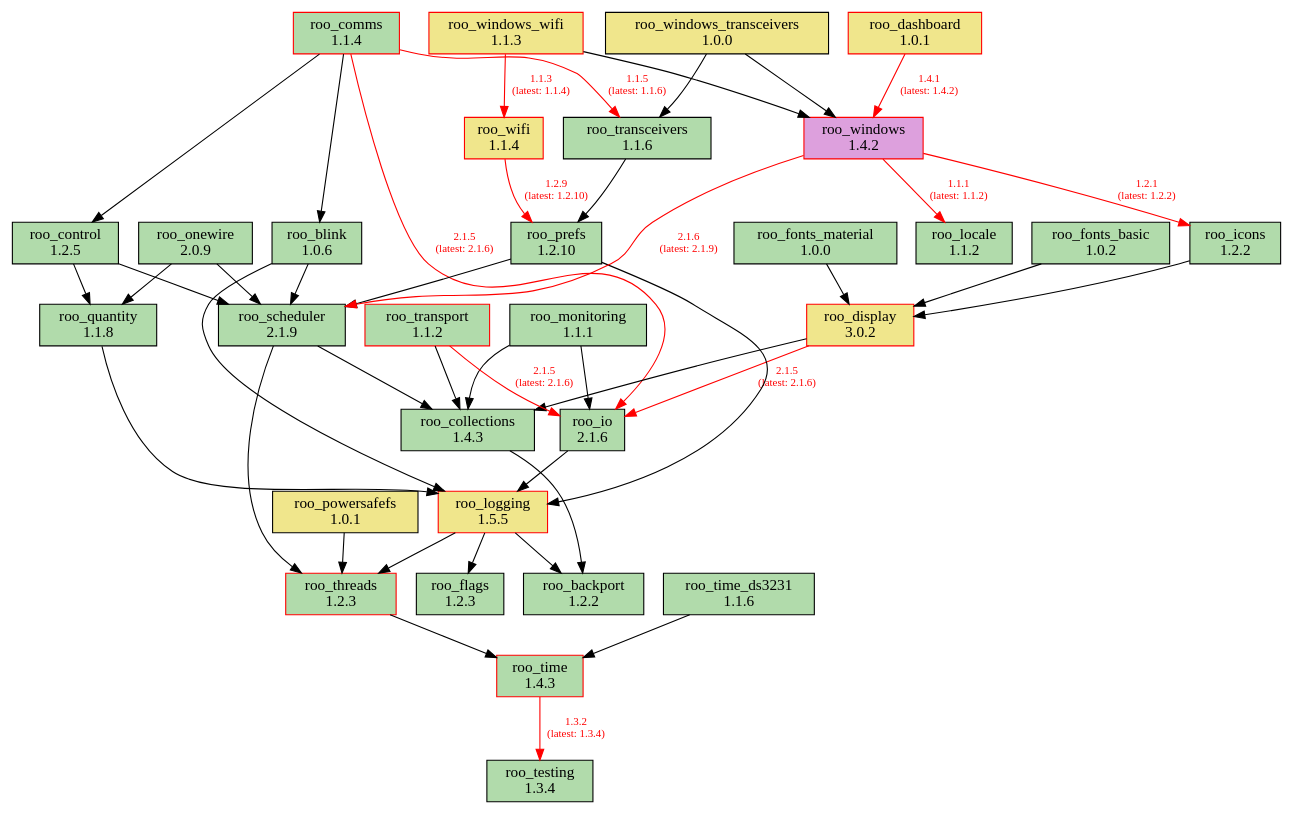
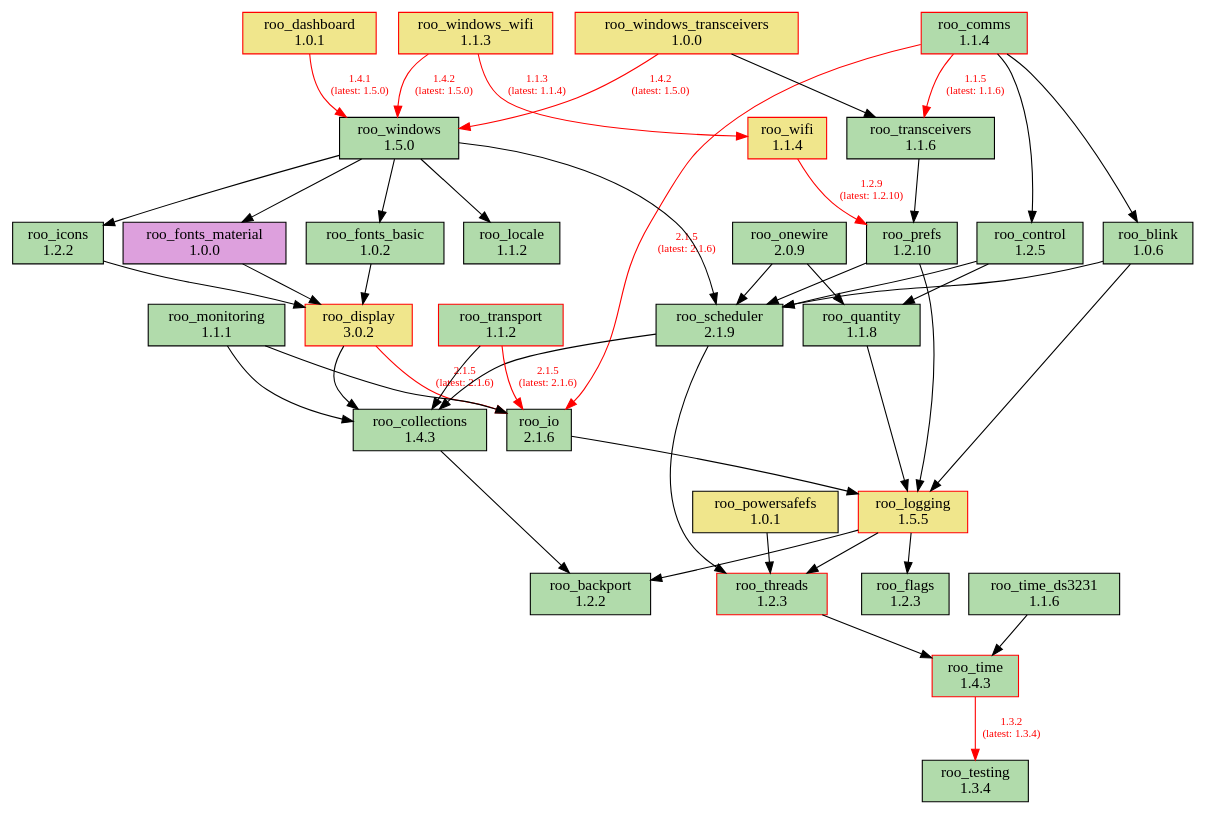
One commit to dejwk/roo-registry changed the diagram in doc/dependencies.dot. Above: the diagram before and after it, drawn with Graphviz. The commit also changed 3 other files, not shown here.

Commit message:
Added roo_windows 1.5.0 to the registry.

```diff
--- a/doc/dependencies.dot
+++ b/doc/dependencies.dot
@@ -1,82 +1,84 @@
 digraph dependencies {
     rankdir=TB;
     node [shape=box, style=filled];
     edge [fontsize=10];
 
     // Modules
     "roo_backport" [label="roo_backport\n1.2.2", fillcolor="#b1dbab", color="black"];
     "roo_blink" [label="roo_blink\n1.0.6", fillcolor="#b1dbab", color="black"];
     "roo_collections" [label="roo_collections\n1.4.3", fillcolor="#b1dbab", color="black"];
     "roo_comms" [label="roo_comms\n1.1.4", fillcolor="#b1dbab", color="red"];
     "roo_control" [label="roo_control\n1.2.5", fillcolor="#b1dbab", color="black"];
     "roo_dashboard" [label="roo_dashboard\n1.0.1", fillcolor="khaki", color="red"];
     "roo_display" [label="roo_display\n3.0.2", fillcolor="khaki", color="red"];
     "roo_flags" [label="roo_flags\n1.2.3", fillcolor="#b1dbab", color="black"];
     "roo_fonts_basic" [label="roo_fonts_basic\n1.0.2", fillcolor="#b1dbab", color="black"];
-    "roo_fonts_material" [label="roo_fonts_material\n1.0.0", fillcolor="#b1dbab", color="black"];
+    "roo_fonts_material" [label="roo_fonts_material\n1.0.0", fillcolor="plum", color="black"];
     "roo_icons" [label="roo_icons\n1.2.2", fillcolor="#b1dbab", color="black"];
     "roo_io" [label="roo_io\n2.1.6", fillcolor="#b1dbab", color="black"];
     "roo_locale" [label="roo_locale\n1.1.2", fillcolor="#b1dbab", color="black"];
     "roo_logging" [label="roo_logging\n1.5.5", fillcolor="khaki", color="red"];
     "roo_monitoring" [label="roo_monitoring\n1.1.1", fillcolor="#b1dbab", color="black"];
     "roo_onewire" [label="roo_onewire\n2.0.9", fillcolor="#b1dbab", color="black"];
     "roo_powersafefs" [label="roo_powersafefs\n1.0.1", fillcolor="khaki", color="black"];
     "roo_prefs" [label="roo_prefs\n1.2.10", fillcolor="#b1dbab", color="black"];
     "roo_quantity" [label="roo_quantity\n1.1.8", fillcolor="#b1dbab", color="black"];
     "roo_scheduler" [label="roo_scheduler\n2.1.9", fillcolor="#b1dbab", color="black"];
     "roo_testing" [label="roo_testing\n1.3.4", fillcolor="#b1dbab", color="black"];
     "roo_threads" [label="roo_threads\n1.2.3", fillcolor="#b1dbab", color="red"];
     "roo_time" [label="roo_time\n1.4.3", fillcolor="#b1dbab", color="red"];
     "roo_time_ds3231" [label="roo_time_ds3231\n1.1.6", fillcolor="#b1dbab", color="black"];
     "roo_transceivers" [label="roo_transceivers\n1.1.6", fillcolor="#b1dbab", color="black"];
     "roo_transport" [label="roo_transport\n1.1.2", fillcolor="#b1dbab", color="red"];
     "roo_wifi" [label="roo_wifi\n1.1.4", fillcolor="khaki", color="red"];
-    "roo_windows" [label="roo_windows\n1.4.2", fillcolor="plum", color="red"];
-    "roo_windows_transceivers" [label="roo_windows_transceivers\n1.0.0", fillcolor="khaki", color="black"];
+    "roo_windows" [label="roo_windows\n1.5.0", fillcolor="#b1dbab", color="black"];
+    "roo_windows_transceivers" [label="roo_windows_transceivers\n1.0.0", fillcolor="khaki", color="red"];
     "roo_windows_wifi" [label="roo_windows_wifi\n1.1.3", fillcolor="khaki", color="red"];
 
     // Dependencies
     "roo_blink" -> "roo_logging";
     "roo_blink" -> "roo_scheduler";
     "roo_collections" -> "roo_backport";
     "roo_comms" -> "roo_blink";
     "roo_comms" -> "roo_control";
     "roo_comms" -> "roo_io" [color=red, fontcolor=red, label="2.1.5\n(latest: 2.1.6)"];
     "roo_comms" -> "roo_transceivers" [color=red, fontcolor=red, label="1.1.5\n(latest: 1.1.6)"];
     "roo_control" -> "roo_quantity";
     "roo_control" -> "roo_scheduler";
-    "roo_dashboard" -> "roo_windows" [color=red, fontcolor=red, label="1.4.1\n(latest: 1.4.2)"];
+    "roo_dashboard" -> "roo_windows" [color=red, fontcolor=red, label="1.4.1\n(latest: 1.5.0)"];
     "roo_display" -> "roo_collections";
     "roo_display" -> "roo_io" [color=red, fontcolor=red, label="2.1.5\n(latest: 2.1.6)"];
     "roo_fonts_basic" -> "roo_display";
     "roo_fonts_material" -> "roo_display";
     "roo_icons" -> "roo_display";
     "roo_io" -> "roo_logging";
     "roo_logging" -> "roo_backport";
     "roo_logging" -> "roo_flags";
     "roo_logging" -> "roo_threads";
     "roo_monitoring" -> "roo_collections";
     "roo_monitoring" -> "roo_io";
     "roo_onewire" -> "roo_scheduler";
     "roo_onewire" -> "roo_quantity";
     "roo_powersafefs" -> "roo_threads";
     "roo_prefs" -> "roo_logging";
     "roo_prefs" -> "roo_scheduler";
     "roo_quantity" -> "roo_logging";
     "roo_scheduler" -> "roo_collections";
     "roo_scheduler" -> "roo_threads";
     "roo_threads" -> "roo_time";
     "roo_time" -> "roo_testing" [color=red, fontcolor=red, label="1.3.2\n(latest: 1.3.4)"];
     "roo_time_ds3231" -> "roo_time";
     "roo_transceivers" -> "roo_prefs";
     "roo_transport" -> "roo_collections";
     "roo_transport" -> "roo_io" [color=red, fontcolor=red, label="2.1.5\n(latest: 2.1.6)"];
     "roo_wifi" -> "roo_prefs" [color=red, fontcolor=red, label="1.2.9\n(latest: 1.2.10)"];
-    "roo_windows" -> "roo_locale" [color=red, fontcolor=red, label="1.1.1\n(latest: 1.1.2)"];
-    "roo_windows" -> "roo_icons" [color=red, fontcolor=red, label="1.2.1\n(latest: 1.2.2)"];
-    "roo_windows" -> "roo_scheduler" [color=red, fontcolor=red, label="2.1.6\n(latest: 2.1.9)"];
+    "roo_windows" -> "roo_fonts_basic";
+    "roo_windows" -> "roo_fonts_material";
+    "roo_windows" -> "roo_locale";
+    "roo_windows" -> "roo_icons";
+    "roo_windows" -> "roo_scheduler";
     "roo_windows_transceivers" -> "roo_transceivers";
-    "roo_windows_transceivers" -> "roo_windows";
+    "roo_windows_transceivers" -> "roo_windows" [color=red, fontcolor=red, label="1.4.2\n(latest: 1.5.0)"];
     "roo_windows_wifi" -> "roo_wifi" [color=red, fontcolor=red, label="1.1.3\n(latest: 1.1.4)"];
-    "roo_windows_wifi" -> "roo_windows";
+    "roo_windows_wifi" -> "roo_windows" [color=red, fontcolor=red, label="1.4.2\n(latest: 1.5.0)"];
 }
```
